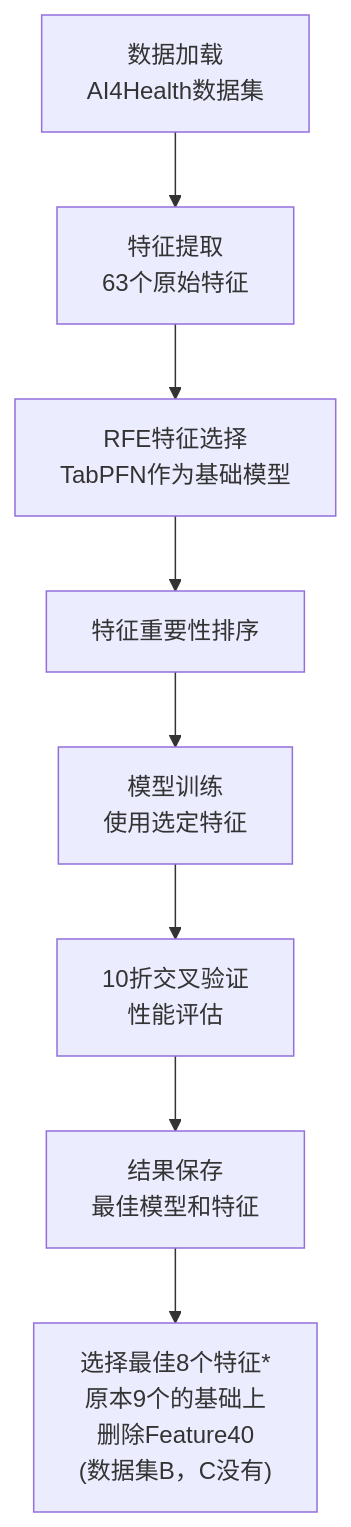
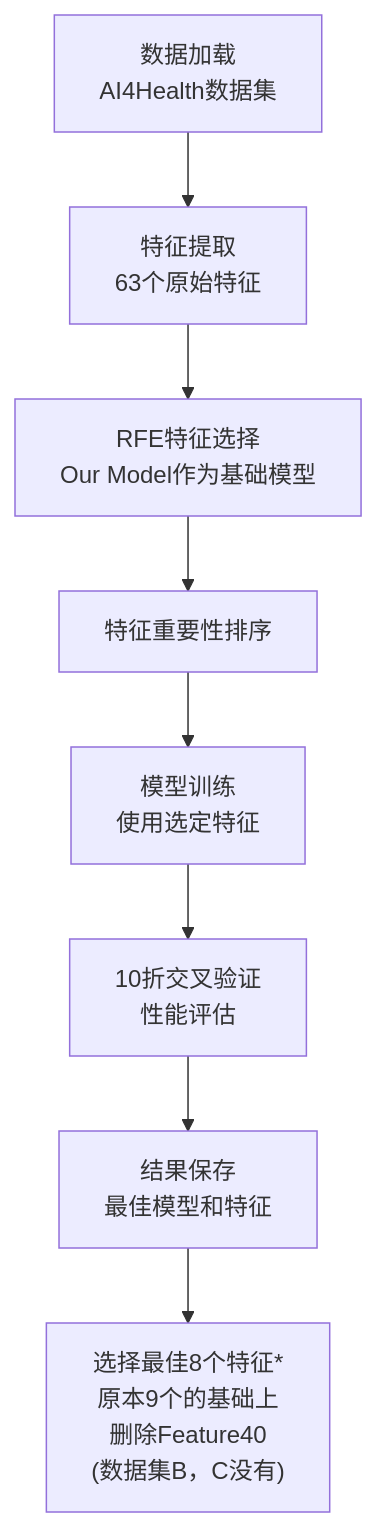
The diagram in docs/rfe_feature_selection_experiment.md (liu-qingyuan/TabPFN), drawn with Mermaid before and after one commit. The commit also changed 1295 other files, not shown here.

````diff
--- a/docs/rfe_feature_selection_experiment.md
+++ b/docs/rfe_feature_selection_experiment.md
@@ -36,11 +36,11 @@
 ```mermaid
 graph TD
     A["数据加载<br/>AI4Health数据集"] --> B["特征提取<br/>63个原始特征"]
-    B --> C["RFE特征选择<br/>TabPFN作为基础模型"]
+    B --> C["RFE特征选择<br/>Our Model作为基础模型"]
     C --> D["特征重要性排序<br/>"]
     D --> E["模型训练<br/>使用选定特征"]
     E --> F["10折交叉验证<br/>性能评估"]
     F --> G["结果保存<br/>最佳模型和特征"]
     G --> H["选择最佳8个特征*<br/>原本9个的基础上<br/>删除Feature40<br/>(数据集B，C没有)"]
 
 ```
````
